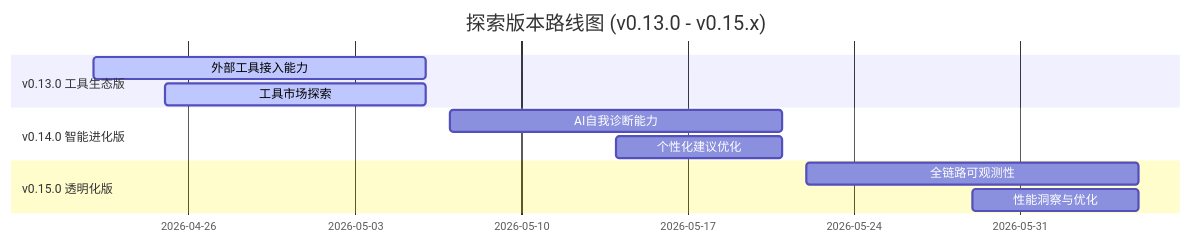
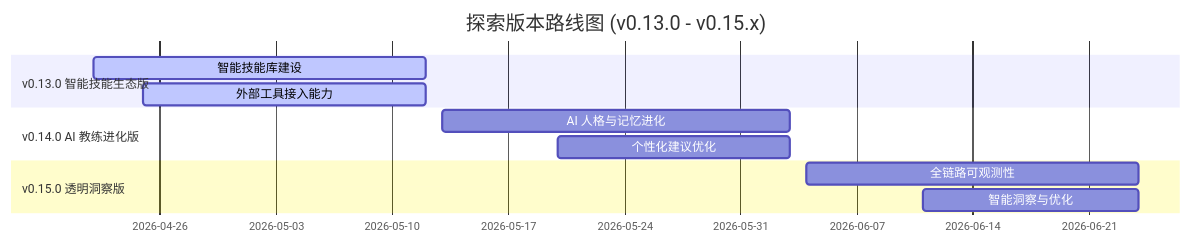
One commit to yecllsl/nanobot-runner changed the third of 4 diagrams in docs/product/探索版本产品规划_v0.13-0.15.md. Above: the diagram before and after it, drawn with Mermaid. The commit also changed other lines of this file and 14 other files, not shown here.

````diff
--- a/docs/product/探索版本产品规划_v0.13-0.15.md
+++ b/docs/product/探索版本产品规划_v0.13-0.15.md
@@ -49,17 +185,17 @@
 ```mermaid
 gantt
     title 探索版本路线图 (v0.13.0 - v0.15.x)
     dateFormat  YYYY-MM-DD
-    
-    section v0.13.0 工具生态版
-    外部工具接入能力       :active, 2026-04-22, 2026-05-06
-    工具市场探索          :active, 2026-04-25, 2026-05-06
-    
-    section v0.14.0 智能进化版
-    AI自我诊断能力        :2026-05-07, 2026-05-21
-    个性化建议优化        :2026-05-14, 2026-05-21
-    
-    section v0.15.0 透明化版
-    全链路可观测性        :2026-05-22, 2026-06-05
-    性能洞察与优化        :2026-05-29, 2026-06-05
+
+    section v0.13.0 智能技能生态版
+    智能技能库建设       :active, 2026-04-22, 2026-05-12
+    外部工具接入能力     :active, 2026-04-25, 2026-05-12
+
+    section v0.14.0 AI 教练进化版
+    AI 人格与记忆进化    :2026-05-13, 2026-06-03
+    个性化建议优化       :2026-05-20, 2026-06-03
+
+    section v0.15.0 透明洞察版
+    全链路可观测性       :2026-06-04, 2026-06-24
+    智能洞察与优化       :2026-06-11, 2026-06-24
 ```
````
